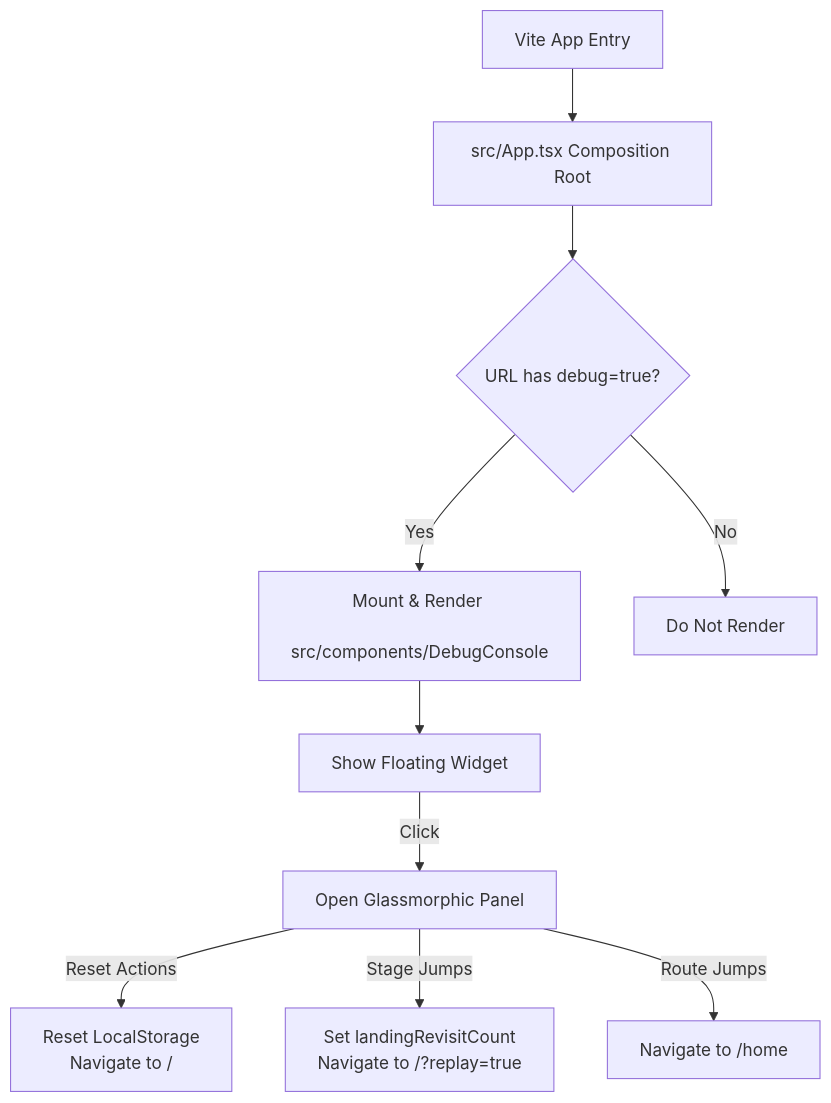
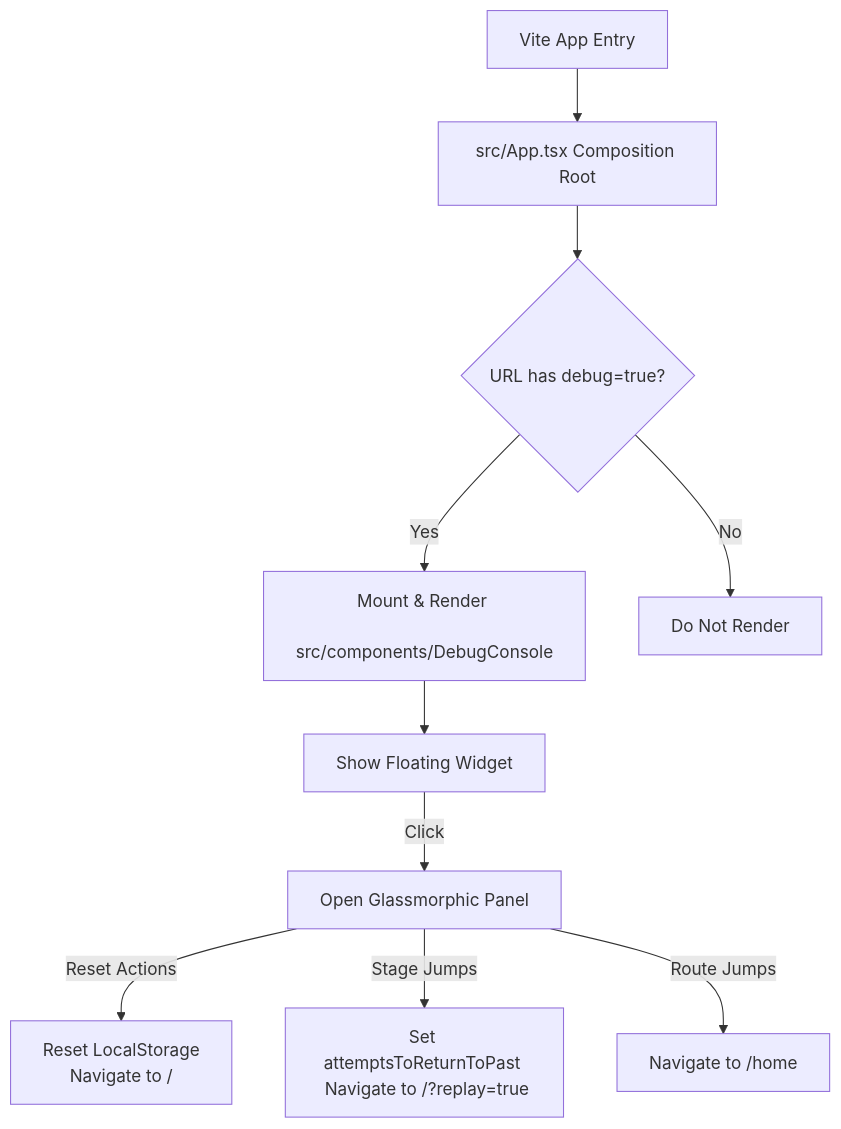
The diagram in docs/architecture/debug-mode-architecture.md (cx-1121/UCCD2323-front-end-web-design), drawn with Mermaid before and after one commit. The commit also changed other lines of this file and 13 other files, not shown here.

Commit message:
feat: implement global styles, routing guards, and modular components for the LandingPage and DebugConsole architecture.

````diff
--- a/docs/architecture/debug-mode-architecture.md
+++ b/docs/architecture/debug-mode-architecture.md
@@ -17,14 +17,14 @@
 ```mermaid
 graph TD
     A[Vite App Entry] --> B[src/App.tsx Composition Root]
     B --> C{URL has debug=true?}
     C -- Yes --> D[Mount & Render <br> src/components/DebugConsole]
     C -- No --> E[Do Not Render]
 
     D --> F[Show Floating Widget]
     F -- Click --> G[Open Glassmorphic Panel]
 
     G -- Reset Actions --> H[Reset LocalStorage <br> Navigate to /]
-    G -- Stage Jumps --> I[Set landingRevisitCount <br> Navigate to /?replay=true]
+    G -- Stage Jumps --> I[Set attemptsToReturnToPast <br> Navigate to /?replay=true]
     G -- Route Jumps --> J[Navigate to /home]
 ```
````
